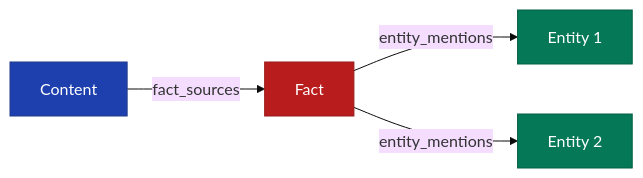
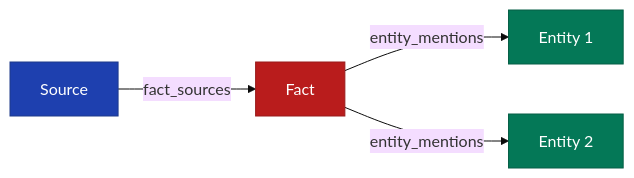
Before and after one commit to MadBomber/fact_db: the third of 3 diagrams in docs/architecture/three-layer-model.md, drawn with Mermaid (base theme). The commit also changed other lines of this file and 45 other files, not shown here.

````diff
--- a/docs/architecture/three-layer-model.md
+++ b/docs/architecture/three-layer-model.md
@@ -186,11 +186,11 @@
 ```mermaid
 graph LR
-    C[Content] -->|fact_sources| F[Fact]
+    S[Source] -->|fact_sources| F[Fact]
     F -->|entity_mentions| E1[Entity 1]
     F -->|entity_mentions| E2[Entity 2]
 
-    style C fill:#1E40AF,stroke:#1E3A8A,color:#FFFFFF
+    style S fill:#1E40AF,stroke:#1E3A8A,color:#FFFFFF
     style F fill:#B91C1C,stroke:#991B1B,color:#FFFFFF
     style E1 fill:#047857,stroke:#065F46,color:#FFFFFF
     style E2 fill:#047857,stroke:#065F46,color:#FFFFFF
 ```
````
